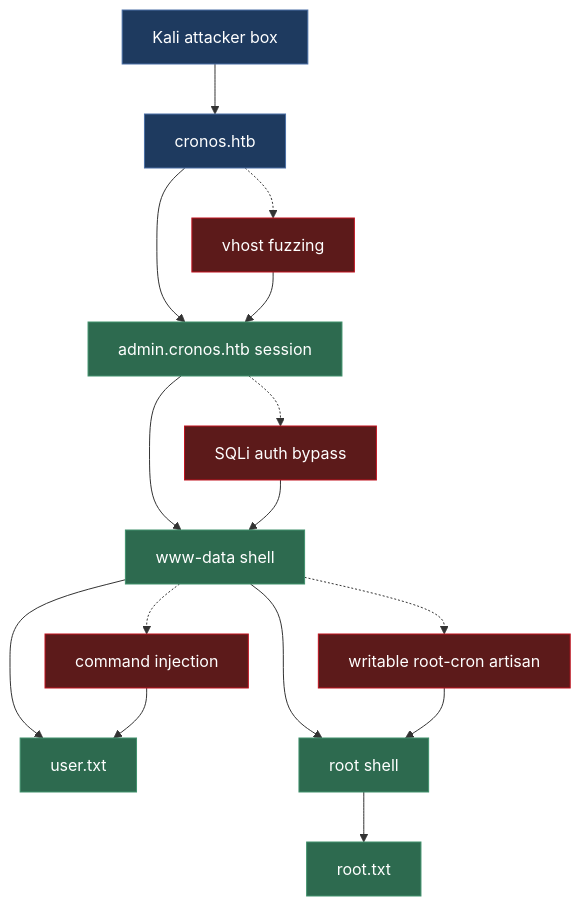
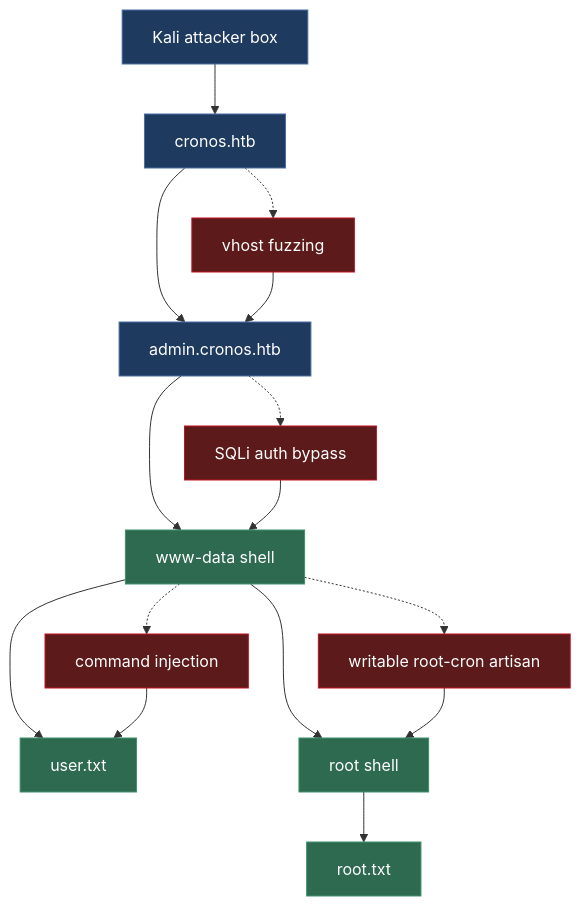
The diagram in htb_Cronos_writeup/htb_Cronos.md (moe-naj/htb_writeups), drawn with Mermaid before and after one commit.

````diff
--- a/htb_Cronos_writeup/htb_Cronos.md
+++ b/htb_Cronos_writeup/htb_Cronos.md
@@ -291,34 +291,34 @@
 ```mermaid
 flowchart TD
     A[Kali attacker box] --> B[cronos.htb]
-    B --> C[admin.cronos.htb session]
+    B --> C[admin.cronos.htb]
     C --> D[www-data shell]
     D --> E[user.txt]
     D --> F[root shell]
     F --> G[root.txt]
 
     B -.-> T1[vhost fuzzing]
     T1 --> C
 
     C -.-> T2[SQLi auth bypass]
     T2 --> D
 
     D -.-> T3[command injection]
     T3 --> E
 
     D -.-> T4[writable root-cron artisan]
     T4 --> F
 
     style A fill:#1e3a5f,stroke:#4a6fa5,color:#fff
     style B fill:#1e3a5f,stroke:#4a6fa5,color:#fff
-    style C fill:#2d6a4f,stroke:#40916c,color:#fff
+    style C fill:#1e3a5f,stroke:#4a6fa5,color:#fff
     style D fill:#2d6a4f,stroke:#40916c,color:#fff
     style E fill:#2d6a4f,stroke:#40916c,color:#fff
     style F fill:#2d6a4f,stroke:#40916c,color:#fff
     style G fill:#2d6a4f,stroke:#40916c,color:#fff
 
     style T1 fill:#5c1a1a,stroke:#c1121f,color:#fff
     style T2 fill:#5c1a1a,stroke:#c1121f,color:#fff
     style T3 fill:#5c1a1a,stroke:#c1121f,color:#fff
     style T4 fill:#5c1a1a,stroke:#c1121f,color:#fff
 ```
````
